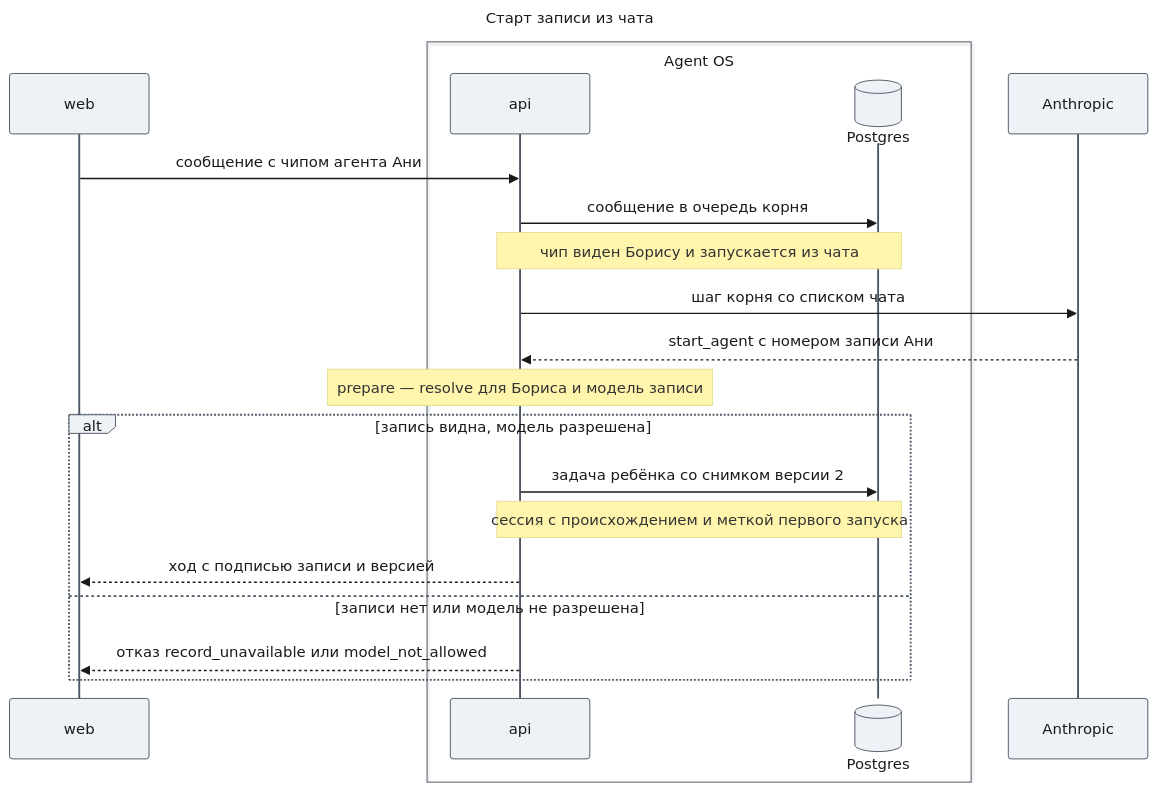
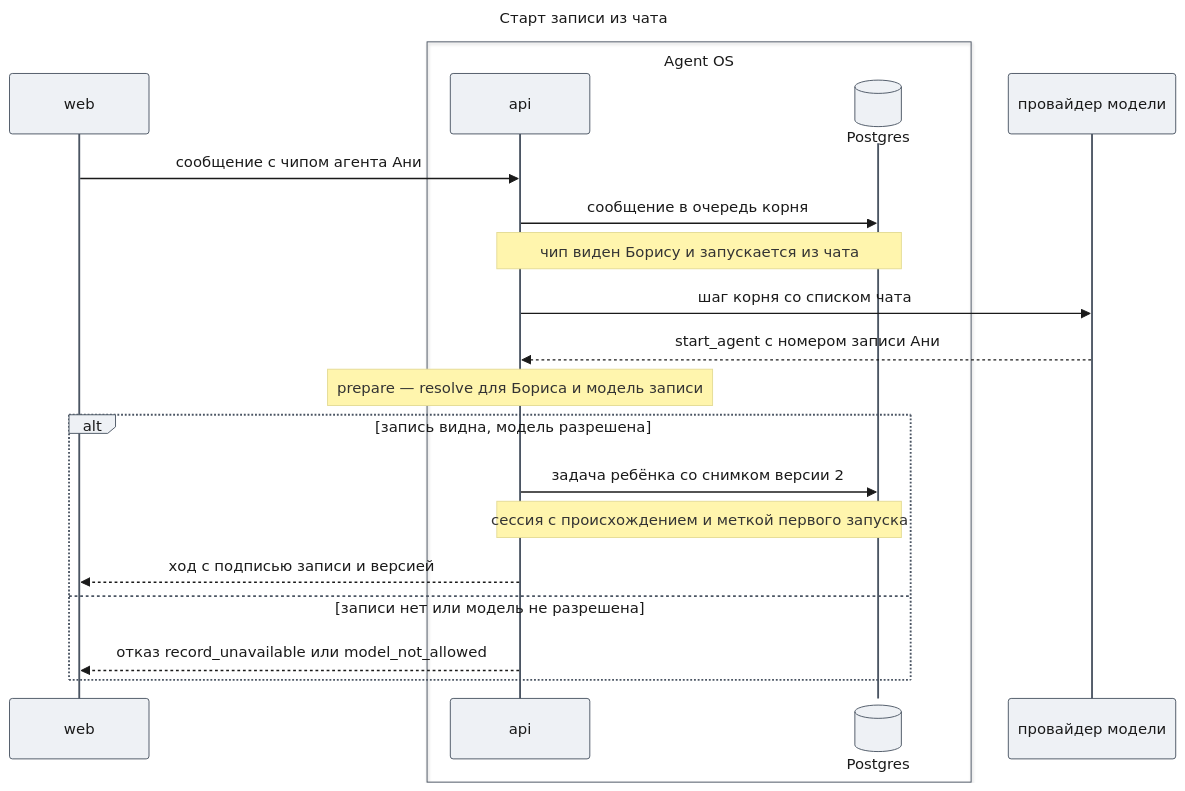
Before and after one commit to tundraray/agent-os: the fourth of 4 diagrams in docs/features/custom-agents/design-runtime.md, drawn with Mermaid. The commit also changed other lines of this file and 1225 other files, not shown here.

````diff
--- a/docs/features/custom-agents/design-runtime.md
+++ b/docs/features/custom-agents/design-runtime.md
@@ -418,43 +313,43 @@
 ```mermaid
 ---
 title: "Старт записи из чата"
 config:
   theme: base
   look: classic
   themeVariables:
     primaryColor: "#eef1f5"
     primaryBorderColor: "#4b5563"
     primaryTextColor: "#1a1a1a"
     lineColor: "#6b7280"
   themeCSS: |
     @keyframes lit_f1{0%,12.86%{stroke:#991b1b;stroke-width:6px}14.29%,100%{stroke:#37474f;stroke-width:2px}}
     @keyframes litr_f1{0%,12.86%{stroke:#1d4ed8;stroke-width:6px}14.29%,100%{stroke:#37474f;stroke-width:2px}}
     .messageLine0[data-id='i0'],.messageLine1[data-id='i0']{animation:lit_f1 8.4s linear 0s infinite}
     .messageLine0[data-id='i1'],.messageLine1[data-id='i1']{animation:lit_f1 8.4s linear 1.2s infinite}
     .messageLine0[data-id='i3'],.messageLine1[data-id='i3']{animation:litr_f1 8.4s linear 2.4s infinite}
     .messageLine0[data-id='i4'],.messageLine1[data-id='i4']{animation:litr_f1 8.4s linear 3.6s infinite}
     .messageLine0[data-id='i7'],.messageLine1[data-id='i7']{animation:lit_f1 8.4s linear 4.8s infinite}
     .messageLine0[data-id='i9'],.messageLine1[data-id='i9']{animation:litr_f1 8.4s linear 6s infinite}
     .messageLine0[data-id='i11'],.messageLine1[data-id='i11']{animation:litr_f1 8.4s linear 7.2s infinite}
 ---
 sequenceDiagram
     participant W as web
     box Agent OS
     participant A as api
     participant DB@{ "type": "database" } as Postgres
     end
-    participant M as Anthropic
+    participant M as провайдер модели
     W->>A: сообщение с чипом агента Ани
     A->>DB: сообщение в очередь корня
     Note over A,DB: чип виден Борису и запускается из чата
     A->>M: шаг корня со списком чата
     M-->>A: start_agent с номером записи Ани
     Note over A: prepare — resolve для Бориса и модель записи
     alt запись видна, модель разрешена
         A->>DB: задача ребёнка со снимком версии 2
         Note over A,DB: сессия с происхождением и меткой первого запуска
         A-->>W: ход с подписью записи и версией
     else записи нет или модель не разрешена
         A-->>W: отказ record_unavailable или model_not_allowed
     end
 ```
````
